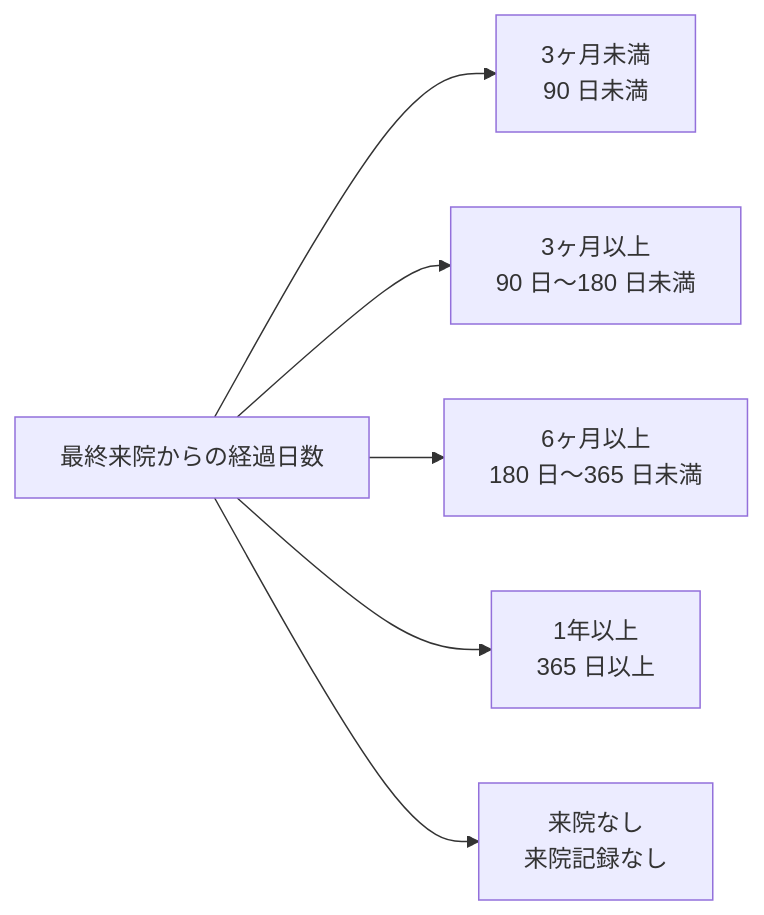
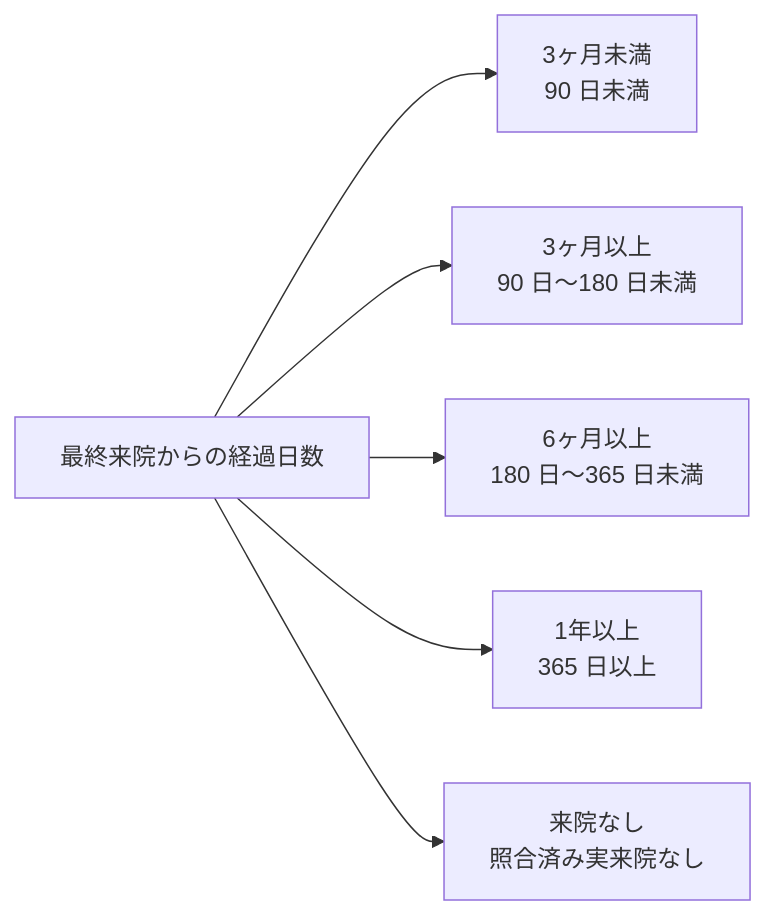
The diagram in docs/spec/customer-aggregation.md (MinoruSoga/AnimalEkarte), drawn with Mermaid before and after one commit. The commit also changed other lines of this file and 69 other files, not shown here.

````diff
--- a/docs/spec/customer-aggregation.md
+++ b/docs/spec/customer-aggregation.md
@@ -47,8 +47,8 @@
 ```mermaid
 flowchart LR
     V["最終来院からの経過日数"] --> A["3ヶ月未満<br/>90 日未満"]
     V --> B["3ヶ月以上<br/>90 日〜180 日未満"]
     V --> C["6ヶ月以上<br/>180 日〜365 日未満"]
     V --> D["1年以上<br/>365 日以上"]
-    V --> E["来院なし<br/>来院記録なし"]
+    V --> E["来院なし<br/>照合済み実来院なし"]
 ```
````
